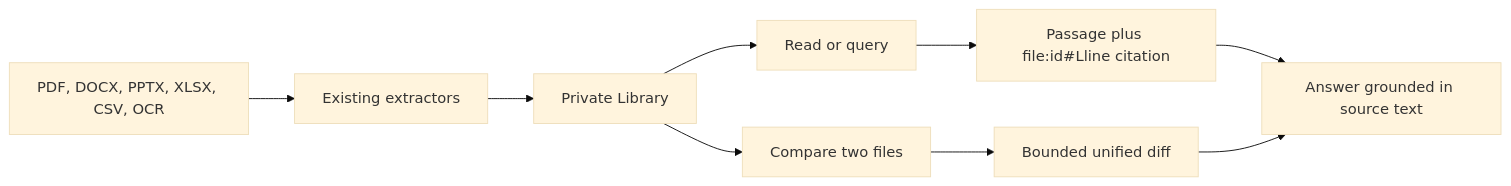
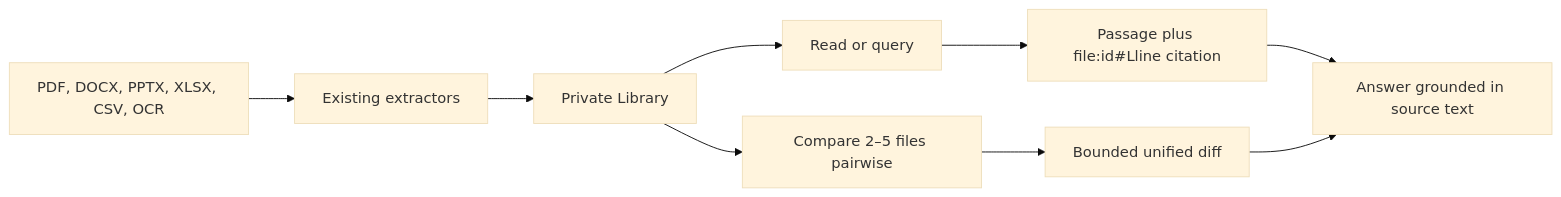
One commit to sainibhaowal/AverQel changed the diagram in backend/docs/2-document-intelligence.md. Above: the diagram before and after it, drawn with Mermaid (base theme). The commit also changed other lines of this file and 3 other files, not shown here.

````diff
--- a/backend/docs/2-document-intelligence.md
+++ b/backend/docs/2-document-intelligence.md
@@ -13,11 +14,11 @@
 ```mermaid
 flowchart LR
     Upload[PDF, DOCX, PPTX, XLSX, CSV, OCR] --> Extract[Existing extractors]
     Extract --> Store[Private Library]
     Store --> Read[Read or query]
-    Store --> Compare[Compare two files]
+    Store --> Compare[Compare 2–5 files pairwise]
     Read --> Cite[Passage plus file:id#Lline citation]
     Compare --> Diff[Bounded unified diff]
     Cite --> Answer[Answer grounded in source text]
     Diff --> Answer
 ```
````
